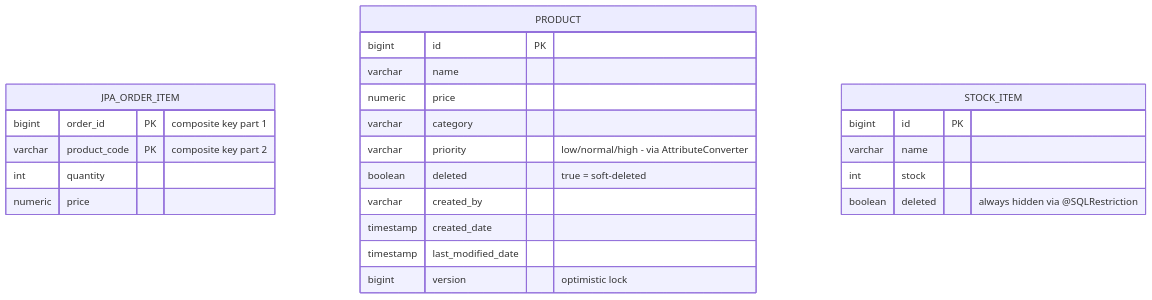
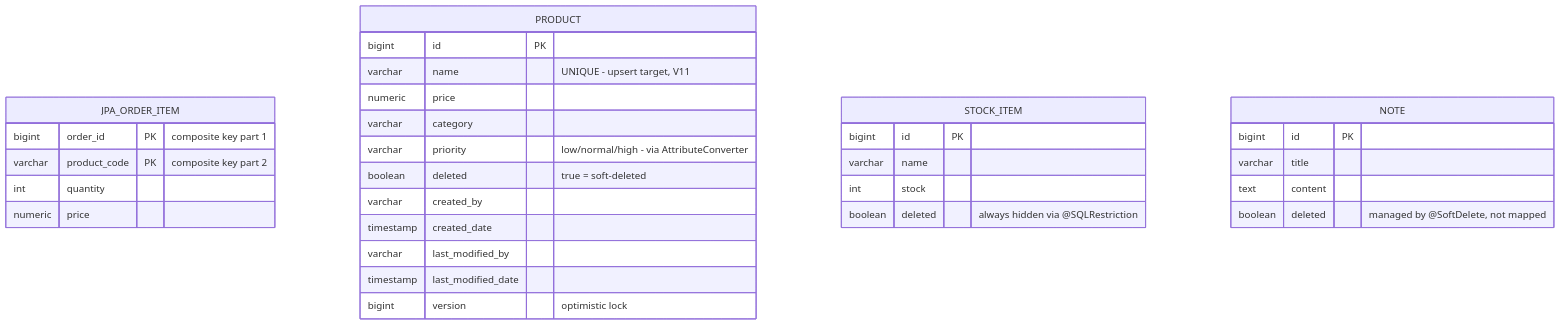
Diagram 26 of 26 in database-core/README.md (himnay/learning-database), drawn with Mermaid before and after one commit. The commit also changed other lines of this file and 3 other files, not shown here.

````diff
--- a/database-core/README.md
+++ b/database-core/README.md
@@ -2717,27 +2698,34 @@
 ```mermaid
 erDiagram
     JPA_ORDER_ITEM {
         bigint order_id PK "composite key part 1"
         varchar product_code PK "composite key part 2"
         int quantity
         numeric price
     }
     PRODUCT {
         bigint id PK
-        varchar name
+        varchar name "UNIQUE - upsert target, V11"
         numeric price
         varchar category
         varchar priority "low/normal/high - via AttributeConverter"
         boolean deleted "true = soft-deleted"
         varchar created_by
         timestamp created_date
+        varchar last_modified_by
         timestamp last_modified_date
         bigint version "optimistic lock"
     }
     STOCK_ITEM {
         bigint id PK
         varchar name
         int stock
         boolean deleted "always hidden via @SQLRestriction"
     }
+    NOTE {
+        bigint id PK
+        varchar title
+        text content
+        boolean deleted "managed by @SoftDelete, not mapped"
+    }
 ```
````
